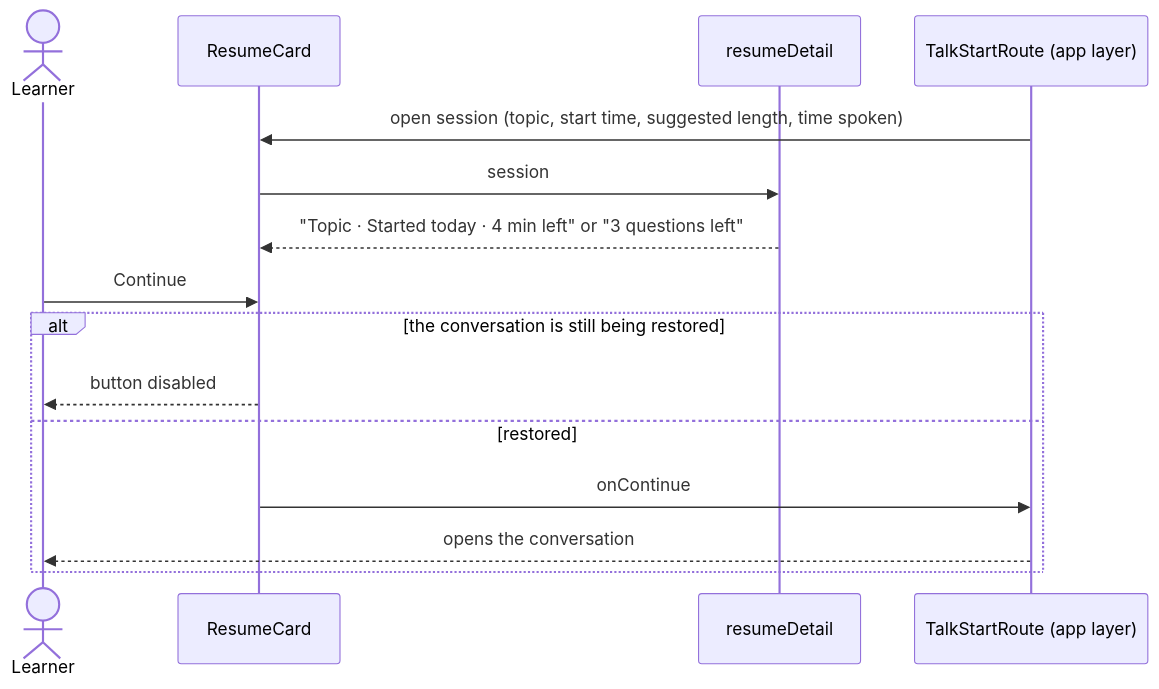
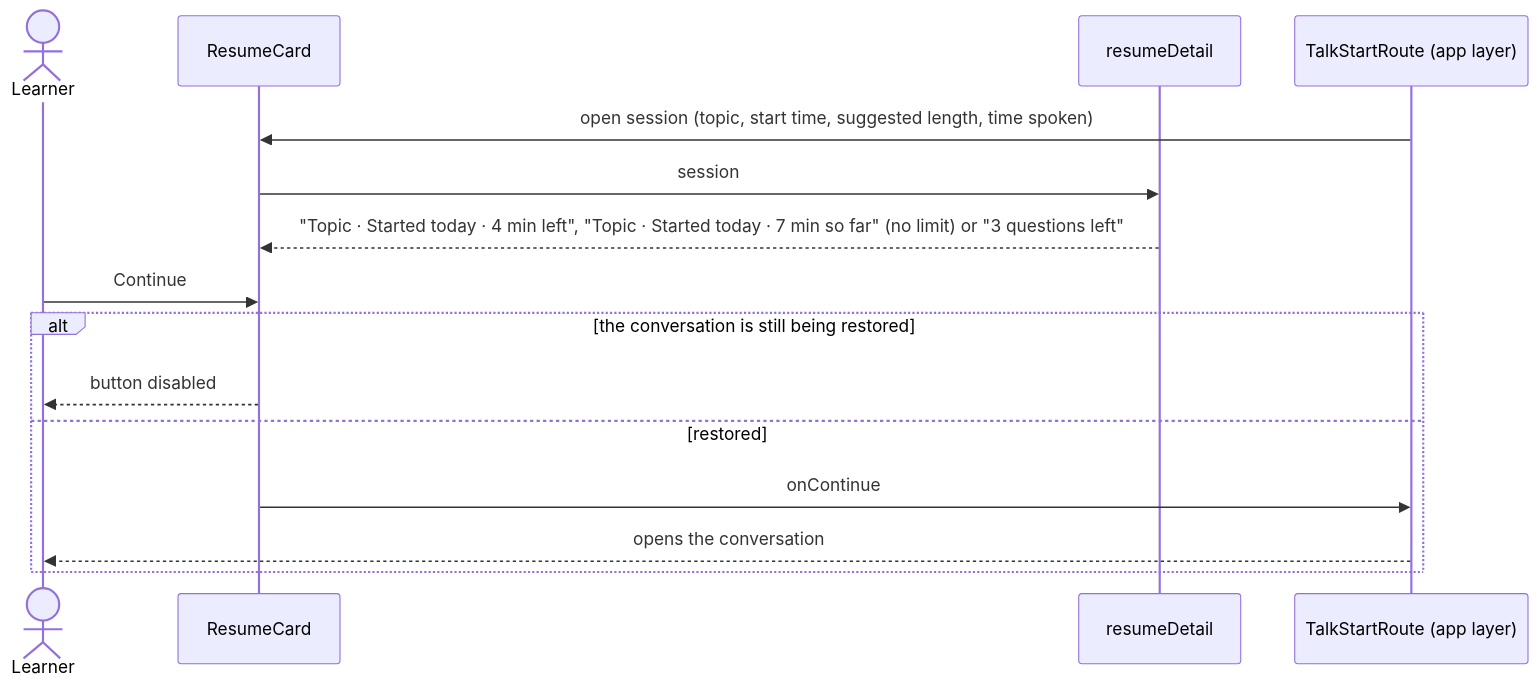
One commit to oleksii-latyshev/english-trainer changed the diagram in src/features/session-resume/flow.md. Above: the diagram before and after it, drawn with Mermaid. The commit also changed 62 other files, not shown here.

````diff
--- a/src/features/session-resume/flow.md
+++ b/src/features/session-resume/flow.md
@@ -6,18 +6,18 @@
 ```mermaid
 sequenceDiagram
     actor Learner
     participant Card as ResumeCard
     participant Helper as resumeDetail
     participant App as TalkStartRoute (app layer)
 
     App->>Card: open session (topic, start time, suggested length, time spoken)
     Card->>Helper: session
-    Helper-->>Card: "Topic · Started today · 4 min left" or "3 questions left"
+    Helper-->>Card: "Topic · Started today · 4 min left", "Topic · Started today · 7 min so far" (no limit) or "3 questions left"
     Learner->>Card: Continue
     alt the conversation is still being restored
         Card-->>Learner: button disabled
     else restored
         Card->>App: onContinue
         App-->>Learner: opens the conversation
     end
 ```
````
